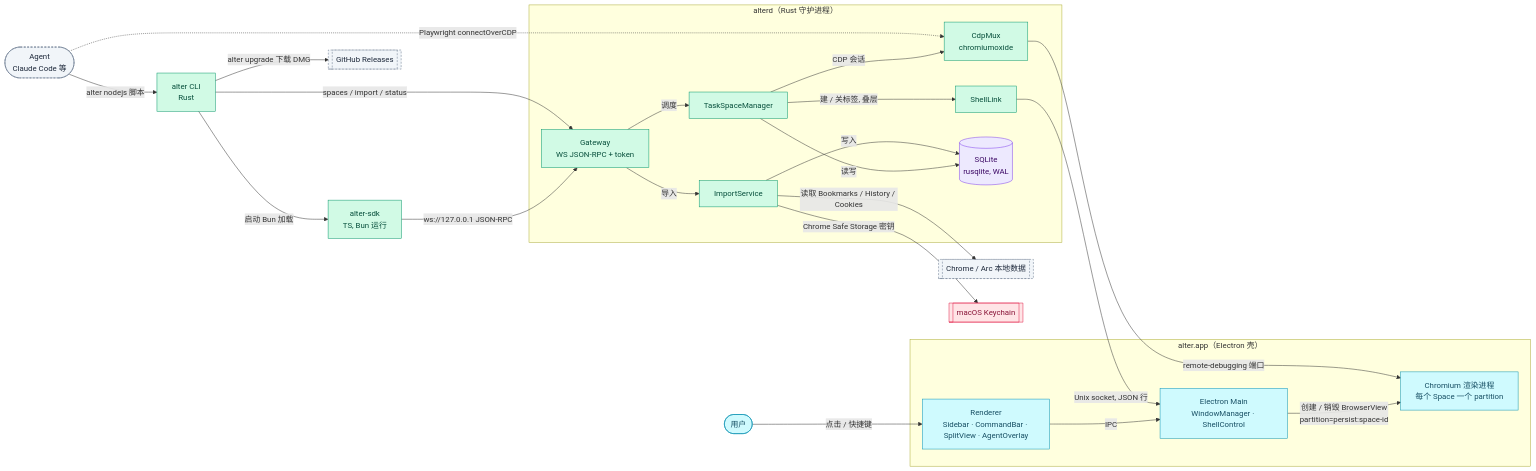
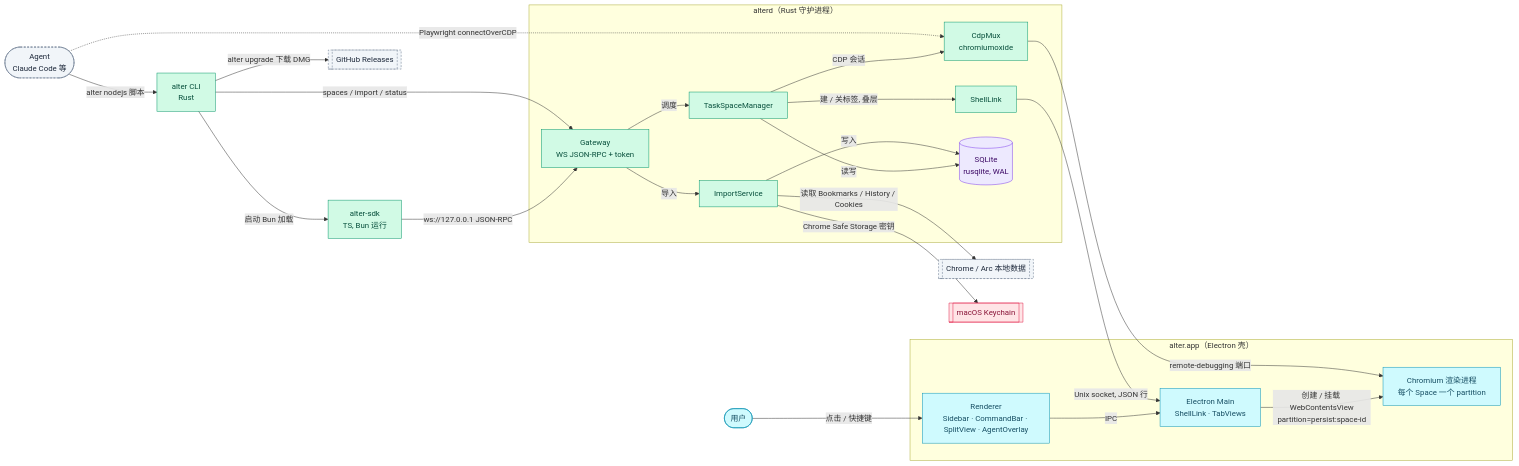
One commit to ethanyulabs/alter changed the diagram in .dev-flow/infra/architecture.md. Above: the diagram before and after it, drawn with Mermaid. The commit also changed other lines of this file and 65 other files, not shown here.

First line of the commit message:
浏览器基础 UI：Shell Control 与侧边栏标签

````diff
--- a/.dev-flow/infra/architecture.md
+++ b/.dev-flow/infra/architecture.md
@@ -4,49 +4,49 @@
 ```mermaid
 flowchart LR
   user([用户]):::frontend
   agent([Agent<br/>Claude Code 等]):::external
   cli[alter CLI<br/>Rust]:::backend
   sdk[alter-sdk<br/>TS, Bun 运行]:::backend
   subgraph app [alter.app（Electron 壳）]
     renderer[Renderer<br/>Sidebar · CommandBar · SplitView · AgentOverlay]:::frontend
-    main[Electron Main<br/>WindowManager · ShellControl]:::frontend
+    main[Electron Main<br/>ShellLink · TabViews]:::frontend
     chromium[Chromium 渲染进程<br/>每个 Space 一个 partition]:::frontend
   end
   subgraph daemon [alterd（Rust 守护进程）]
     gateway[Gateway<br/>WS JSON-RPC + token]:::backend
     tsm[TaskSpaceManager]:::backend
     cdpmux[CdpMux<br/>chromiumoxide]:::backend
     shelllink[ShellLink]:::backend
     importer[ImportService]:::backend
     store[(SQLite<br/>rusqlite, WAL)]:::data
   end
   chrome[[Chrome / Arc 本地数据]]:::external
   keychain[[macOS Keychain]]:::security
   gh[[GitHub Releases]]:::external
   user -->|点击 / 快捷键| renderer
   renderer -->|IPC| main
-  main -->|创建 / 销毁 BrowserView<br/>partition=persist:space-id| chromium
+  main -->|创建 / 挂载 WebContentsView<br/>partition=persist:space-id| chromium
   agent -->|alter nodejs 脚本| cli
   cli -->|启动 Bun 加载| sdk
   sdk -->|ws://127.0.0.1 JSON-RPC| gateway
   cli -->|spaces / import / status| gateway
   gateway -->|调度| tsm
   gateway -->|导入| importer
   tsm -->|CDP 会话| cdpmux
   tsm -->|建 / 关标签, 叠层| shelllink
   tsm -->|读写| store
   importer -->|写入| store
   agent -.->|Playwright connectOverCDP| cdpmux
   cdpmux -->|remote-debugging 端口| chromium
   shelllink -->|Unix socket, JSON 行| main
   importer -->|读取 Bookmarks / History / Cookies| chrome
   importer -->|Chrome Safe Storage 密钥| keychain
   cli -->|alter upgrade 下载 DMG| gh
   classDef frontend fill:#cffafe,stroke:#0891b2,color:#164e63
   classDef backend fill:#d1fae5,stroke:#059669,color:#064e3b
   classDef data fill:#ede9fe,stroke:#7c3aed,color:#3b0764
   classDef queue fill:#ffedd5,stroke:#ea580c,color:#7c2d12
   classDef external fill:#f1f5f9,stroke:#64748b,color:#1e293b,stroke-dasharray:4 3
   classDef security fill:#ffe4e6,stroke:#e11d48,color:#881337
   classDef changed stroke-width:3px,stroke:#dc2626
 ```
````
